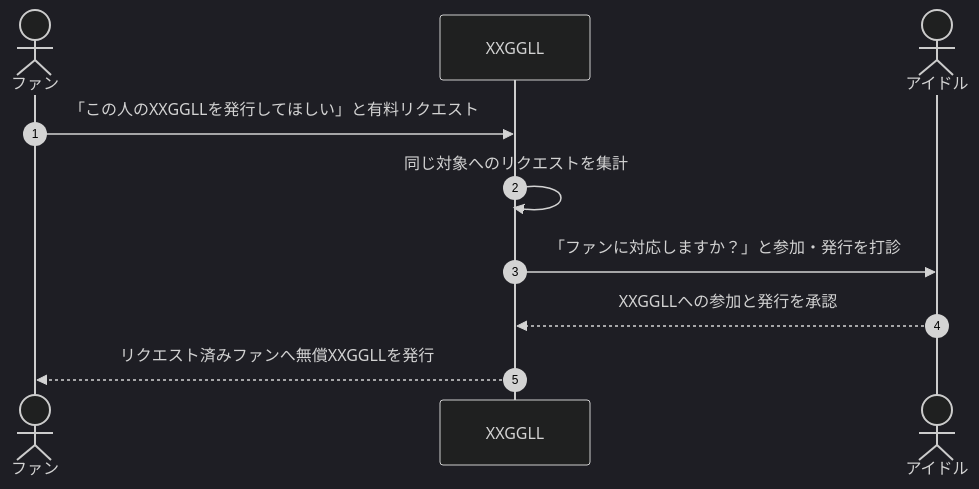
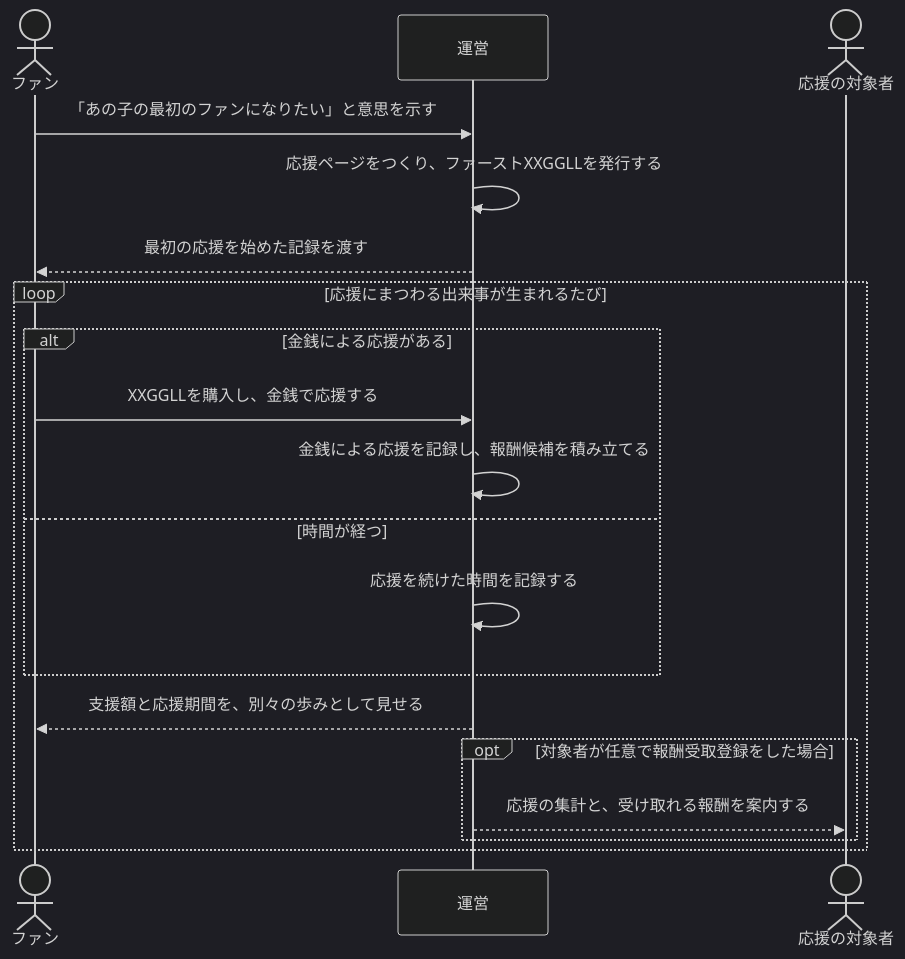
One commit to odokura/odokura-hp changed the diagram in docs/apps/XXGGLL/new-concept/overview.md. Above: the diagram before and after it, drawn with Mermaid (dark theme). The commit also changed other lines of this file and 4 other files, not shown here.

````diff
--- a/docs/apps/XXGGLL/new-concept/overview.md
+++ b/docs/apps/XXGGLL/new-concept/overview.md
@@ -52,13 +20,22 @@
 ```mermaid
 sequenceDiagram
-    autonumber
     actor Fan as ファン
-    participant XXGGLL as XXGGLL
-    actor Idol as アイドル
+    participant XXGGLL as 運営
+    actor Target as 応援の対象者
 
-    Fan->>XXGGLL: 「この人のXXGGLLを発行してほしい」と有料リクエスト
-    XXGGLL->>XXGGLL: 同じ対象へのリクエストを集計
-    XXGGLL->>Idol: 「ファンに対応しますか？」と参加・発行を打診
-    Idol-->>XXGGLL: XXGGLLへの参加と発行を承認
-    XXGGLL-->>Fan: リクエスト済みファンへ無償XXGGLLを発行
+    Fan->>XXGGLL: 「あの子の最初のファンになりたい」と意思を示す
+    XXGGLL->>XXGGLL: 応援ページをつくり、ファーストXXGGLLを発行する
+    XXGGLL-->>Fan: 最初の応援を始めた記録を渡す
+    loop 応援にまつわる出来事が生まれるたび
+        alt 金銭による応援がある
+            Fan->>XXGGLL: XXGGLLを購入し、金銭で応援する
+            XXGGLL->>XXGGLL: 金銭による応援を記録し、報酬候補を積み立てる
+        else 時間が経つ
+            XXGGLL->>XXGGLL: 応援を続けた時間を記録する
+        end
+        XXGGLL-->>Fan: 支援額と応援期間を、別々の歩みとして見せる
+        opt 対象者が任意で報酬受取登録をした場合
+            XXGGLL-->>Target: 応援の集計と、受け取れる報酬を案内する
+        end
+    end
 ```
````
